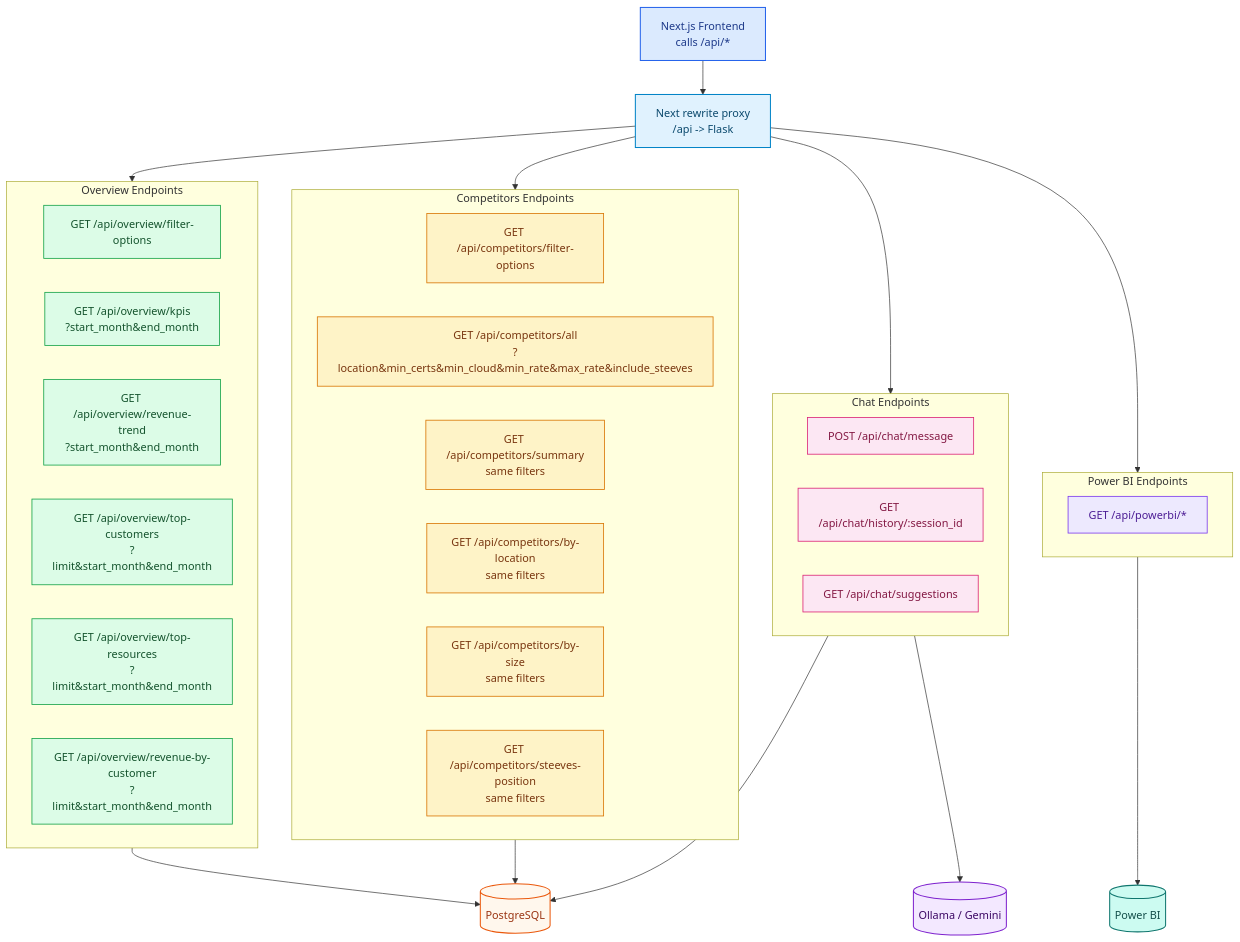
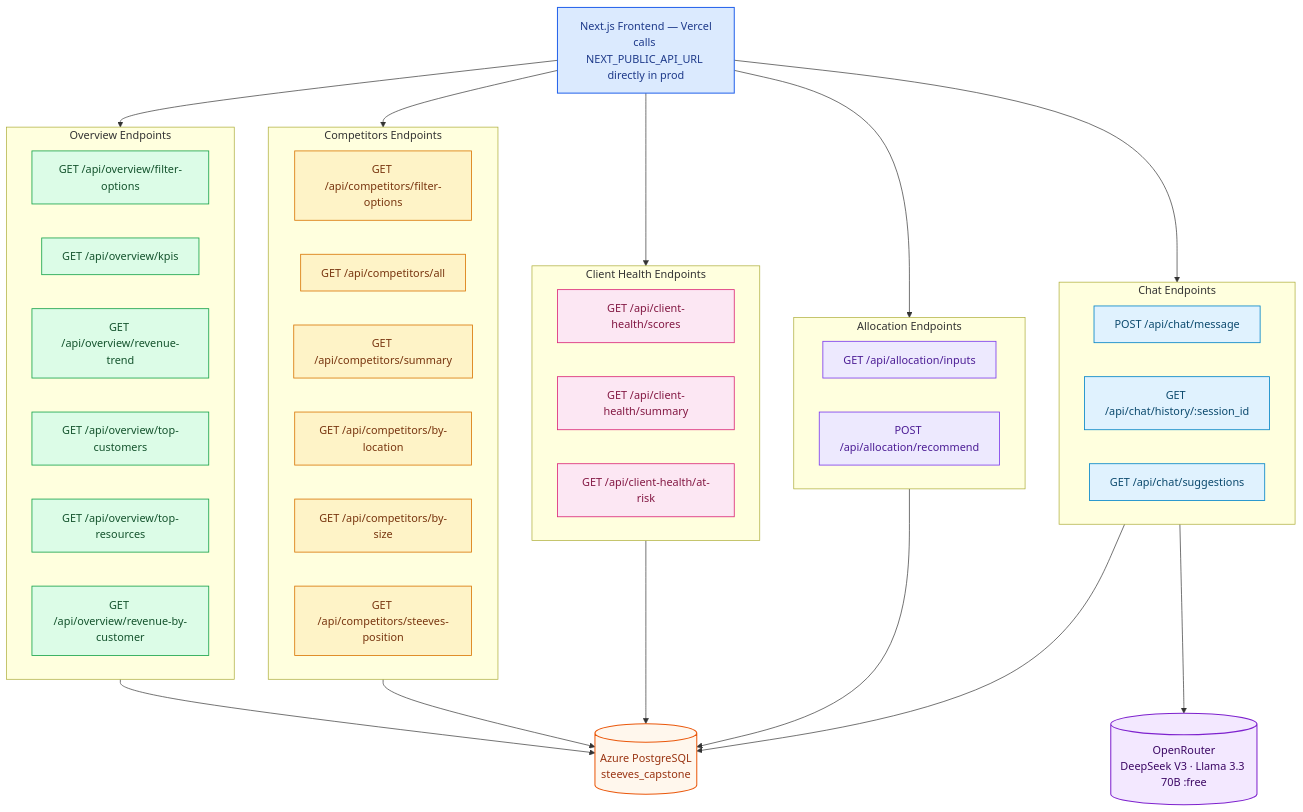
One commit to lawrence-dass/steeves-and-associates changed the diagram in docs/diagrams/04-api-surface.md. Above: the diagram before and after it, drawn with Mermaid. The commit also changed 5 other files, not shown here.

First line of the commit message:
docs: update all diagrams to reflect live deployment

````diff
--- a/docs/diagrams/04-api-surface.md
+++ b/docs/diagrams/04-api-surface.md
@@ -3,53 +3,54 @@
 ```mermaid
 flowchart TB
-  UI[Next.js Frontend<br/>calls /api/*]:::frontend --> PROXY[Next rewrite proxy<br/>/api -> Flask]:::proxy
+  UI[Next.js Frontend — Vercel<br/>calls NEXT_PUBLIC_API_URL directly in prod]:::frontend
 
-  PROXY --> OVG
-  PROXY --> MKG
-  PROXY --> CHG
-  PROXY --> PBG
+  UI --> OVG & MKG & CLG & ALG & CHG
 
   subgraph OVG["Overview Endpoints"]
     O1[GET /api/overview/filter-options]:::overview
-    O2[GET /api/overview/kpis<br/>?start_month&end_month]:::overview
-    O3[GET /api/overview/revenue-trend<br/>?start_month&end_month]:::overview
-    O4[GET /api/overview/top-customers<br/>?limit&start_month&end_month]:::overview
-    O5[GET /api/overview/top-resources<br/>?limit&start_month&end_month]:::overview
-    O6[GET /api/overview/revenue-by-customer<br/>?limit&start_month&end_month]:::overview
+    O2[GET /api/overview/kpis]:::overview
+    O3[GET /api/overview/revenue-trend]:::overview
+    O4[GET /api/overview/top-customers]:::overview
+    O5[GET /api/overview/top-resources]:::overview
+    O6[GET /api/overview/revenue-by-customer]:::overview
   end
 
   subgraph MKG["Competitors Endpoints"]
     M1[GET /api/competitors/filter-options]:::market
-    M2[GET /api/competitors/all<br/>?location&min_certs&min_cloud&min_rate&max_rate&include_steeves]:::market
-    M3[GET /api/competitors/summary<br/>same filters]:::market
-    M4[GET /api/competitors/by-location<br/>same filters]:::market
-    M5[GET /api/competitors/by-size<br/>same filters]:::market
-    M6[GET /api/competitors/steeves-position<br/>same filters]:::market
+    M2[GET /api/competitors/all]:::market
+    M3[GET /api/competitors/summary]:::market
+    M4[GET /api/competitors/by-location]:::market
+    M5[GET /api/competitors/by-size]:::market
+    M6[GET /api/competitors/steeves-position]:::market
+  end
+
+  subgraph CLG["Client Health Endpoints"]
+    CL1[GET /api/client-health/scores]:::health
+    CL2[GET /api/client-health/summary]:::health
+    CL3[GET /api/client-health/at-risk]:::health
+  end
+
+  subgraph ALG["Allocation Endpoints"]
+    A1[GET /api/allocation/inputs]:::alloc
+    A2[POST /api/allocation/recommend]:::alloc
   end
 
   subgraph CHG["Chat Endpoints"]
     C1[POST /api/chat/message]:::chat
     C2[GET /api/chat/history/:session_id]:::chat
     C3[GET /api/chat/suggestions]:::chat
   end
 
-  subgraph PBG["Power BI Endpoints"]
-    P1[GET /api/powerbi/*]:::pbi
-  end
-
-  OVG --> DB[(PostgreSQL)]:::db
-  MKG --> DB
+  OVG & MKG & CLG & ALG --> DB[(Azure PostgreSQL<br/>steeves_capstone)]:::db
   CHG --> DB
-  CHG --> LLM[(Ollama / Gemini)]:::llm
-  PBG --> EXT[(Power BI)]:::external
+  CHG --> OR[(OpenRouter<br/>DeepSeek V3 · Llama 3.3 70B :free)]:::llm
 
   classDef frontend fill:#DBEAFE,stroke:#2563EB,color:#1E3A8A,stroke-width:1.5px;
-  classDef proxy fill:#E0F2FE,stroke:#0284C7,color:#0C4A6E,stroke-width:1.5px;
   classDef overview fill:#DCFCE7,stroke:#16A34A,color:#14532D,stroke-width:1.2px;
   classDef market fill:#FEF3C7,stroke:#D97706,color:#78350F,stroke-width:1.2px;
-  classDef chat fill:#FCE7F3,stroke:#DB2777,color:#831843,stroke-width:1.2px;
-  classDef pbi fill:#EDE9FE,stroke:#7C3AED,color:#4C1D95,stroke-width:1.2px;
+  classDef health fill:#FCE7F3,stroke:#DB2777,color:#831843,stroke-width:1.2px;
+  classDef alloc fill:#EDE9FE,stroke:#7C3AED,color:#4C1D95,stroke-width:1.2px;
+  classDef chat fill:#E0F2FE,stroke:#0284C7,color:#0C4A6E,stroke-width:1.2px;
   classDef db fill:#FFF7ED,stroke:#EA580C,color:#9A3412,stroke-width:1.5px;
   classDef llm fill:#F3E8FF,stroke:#7E22CE,color:#3B0764,stroke-width:1.5px;
-  classDef external fill:#CCFBF1,stroke:#0F766E,color:#134E4A,stroke-width:1.5px;
 ```
````
